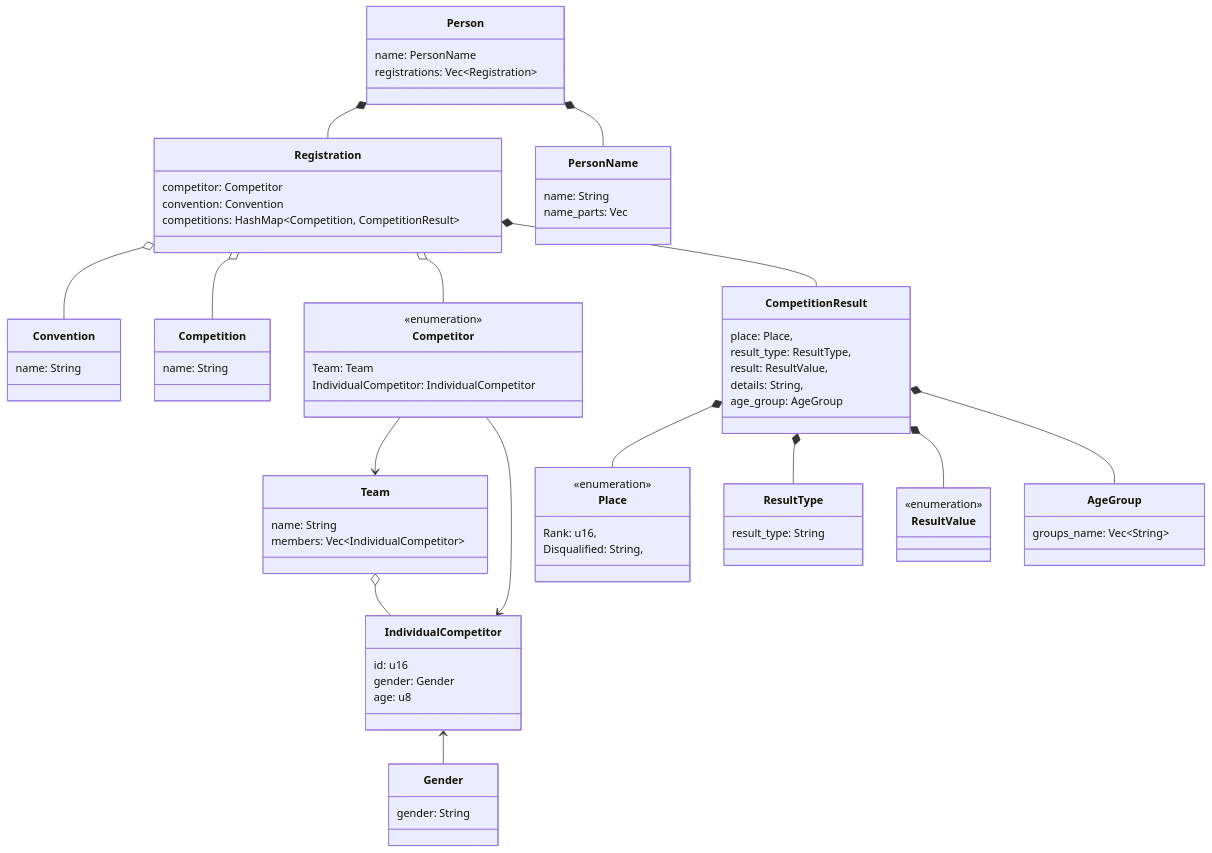
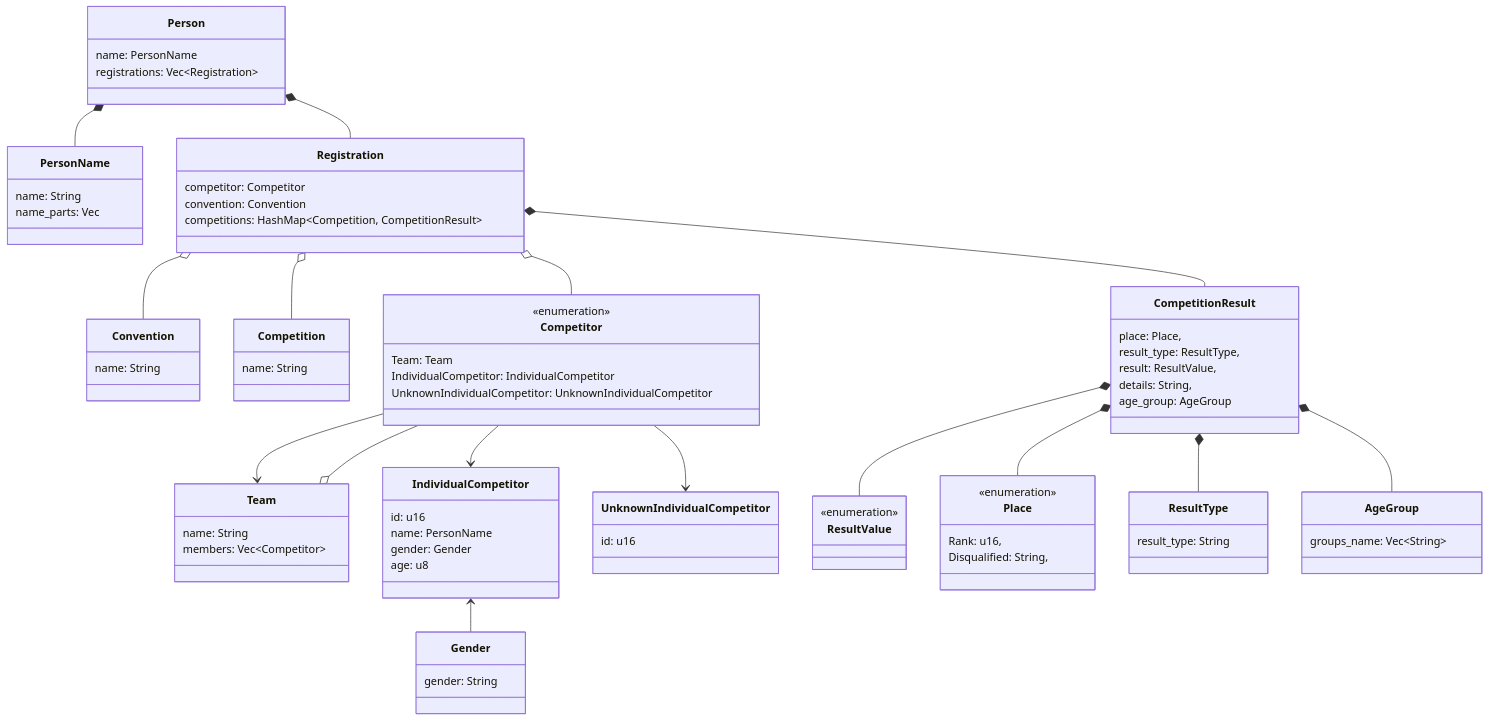
Before and after one commit to maxence-cornaton/uda-results-extractor: the diagram in README.md, drawn with Mermaid. The commit also changed other lines of this file and 31 other files, not shown here.

```diff
--- a/README.md
+++ b/README.md
@@ -33,18 +33,24 @@
         <<enumeration>>
         Team: Team
         IndividualCompetitor: IndividualCompetitor
+        UnknownIndividualCompetitor: UnknownIndividualCompetitor
     }
 
     class Team {
         name: String
-        members: Vec~IndividualCompetitor~
+        members: Vec~Competitor~
     }
 
     class IndividualCompetitor {
         id: u16
+        name: PersonName
     %% gender and age depends on the competition, so can't be added to `Person`
         gender: Gender
         age: u8
+    }
+
+    class UnknownIndividualCompetitor {
+        id: u16
     }
 
 %%    note for Gender "Should be one of [Male, Female]"
@@ -90,7 +96,8 @@
     Person *-- PersonName
     Competitor --> Team
     Competitor --> IndividualCompetitor
-    Team o-- IndividualCompetitor
+    Competitor --> UnknownIndividualCompetitor
+    Team o-- Competitor
     IndividualCompetitor <-- Gender
     CompetitionResult *-- Place
     CompetitionResult *-- ResultType
```
